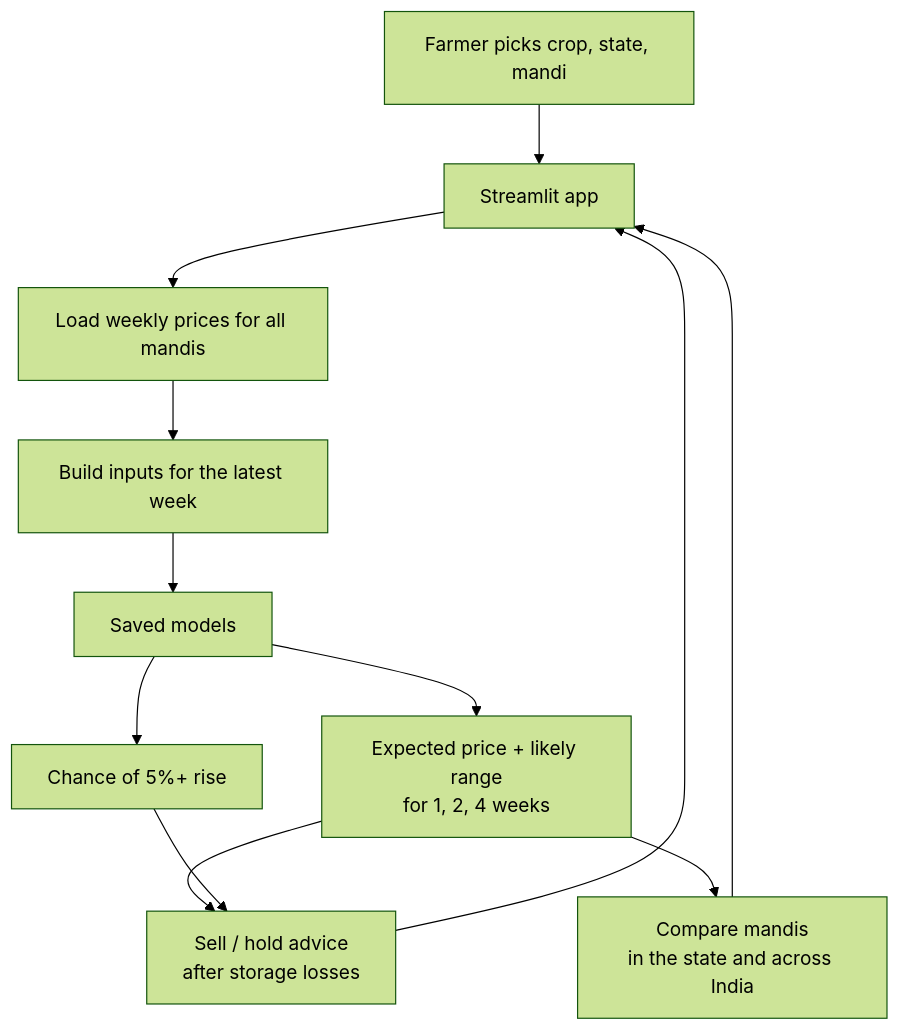
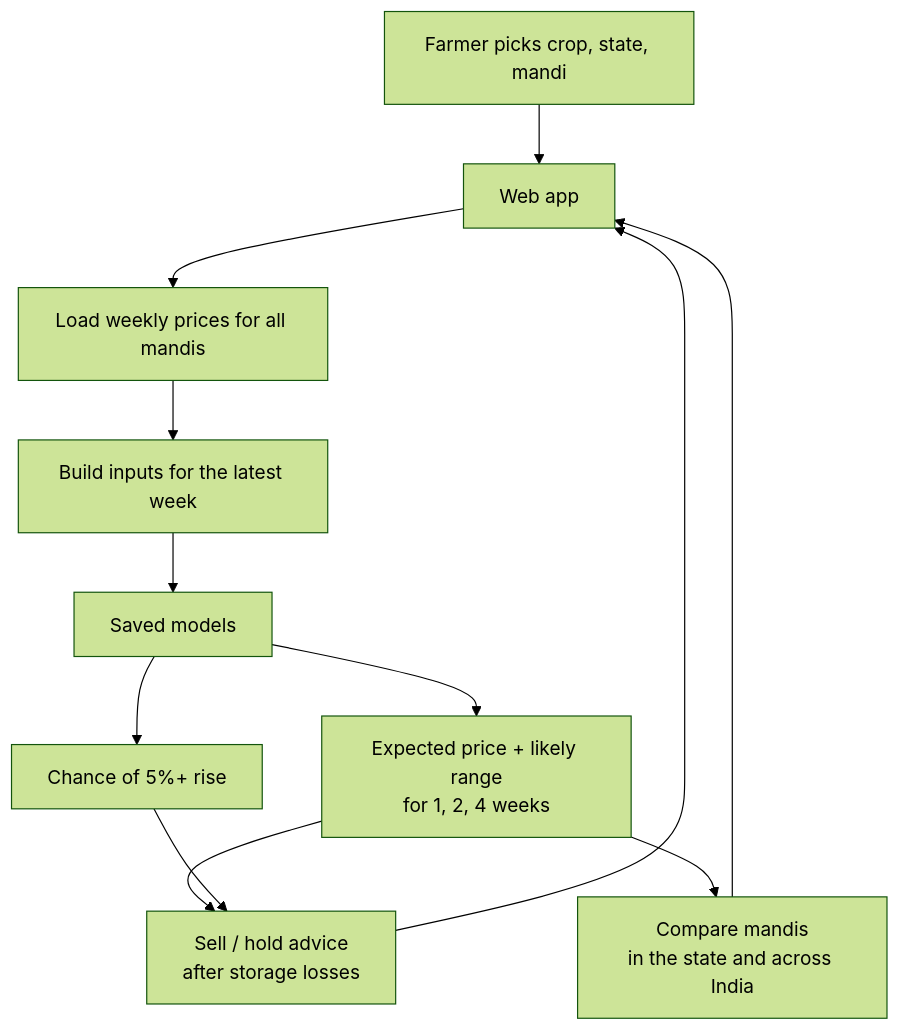
Before and after one commit to Iamshi-vissa/FarmStat: the second of 2 diagrams in README.md, drawn with Mermaid (forest theme). The commit also changed other lines of this file and 12 other files, not shown here.

First line of the commit message:
Make the web app deployable on Vercel

````diff
--- a/README.md
+++ b/README.md
@@ -163,14 +164,14 @@
 ```mermaid
 flowchart TB
-    U[Farmer picks crop, state, mandi] --> APP[Streamlit app]
+    U[Farmer picks crop, state, mandi] --> APP[Web app]
     APP --> D[Load weekly prices for all mandis]
     D --> FE[Build inputs for the latest week]
     FE --> MOD[Saved models]
     MOD --> FC[Expected price + likely range<br/>for 1, 2, 4 weeks]
     MOD --> PR[Chance of 5%+ rise]
     FC --> ADV[Sell / hold advice<br/>after storage losses]
     PR --> ADV
     ADV --> APP
     FC --> CMP[Compare mandis<br/>in the state and across India]
     CMP --> APP
 ```
````
